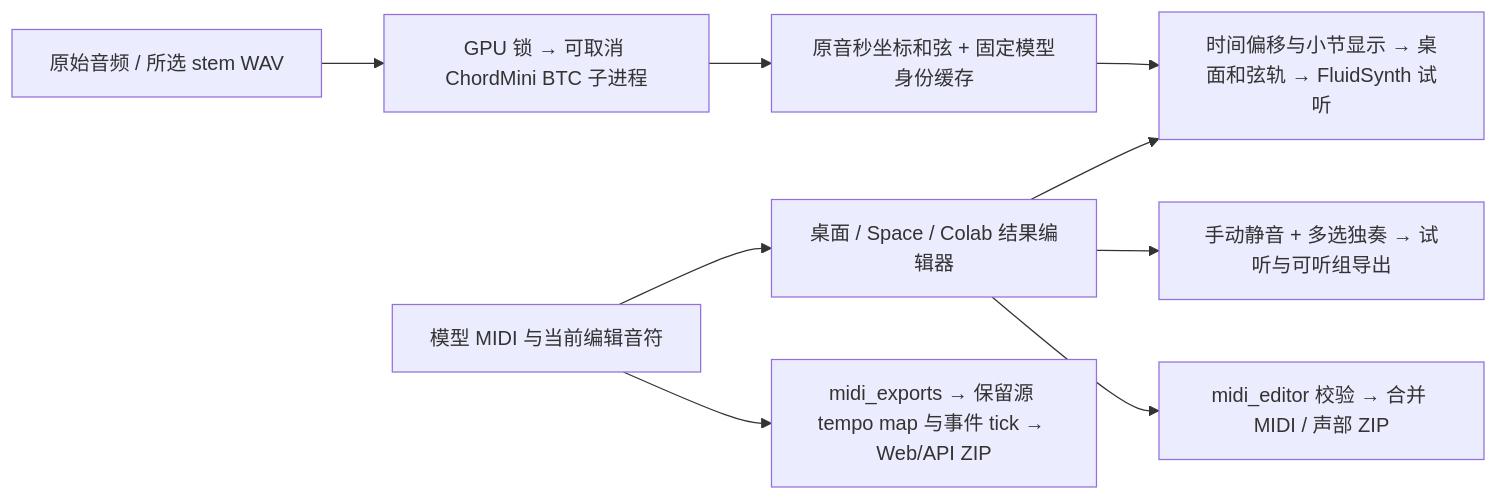
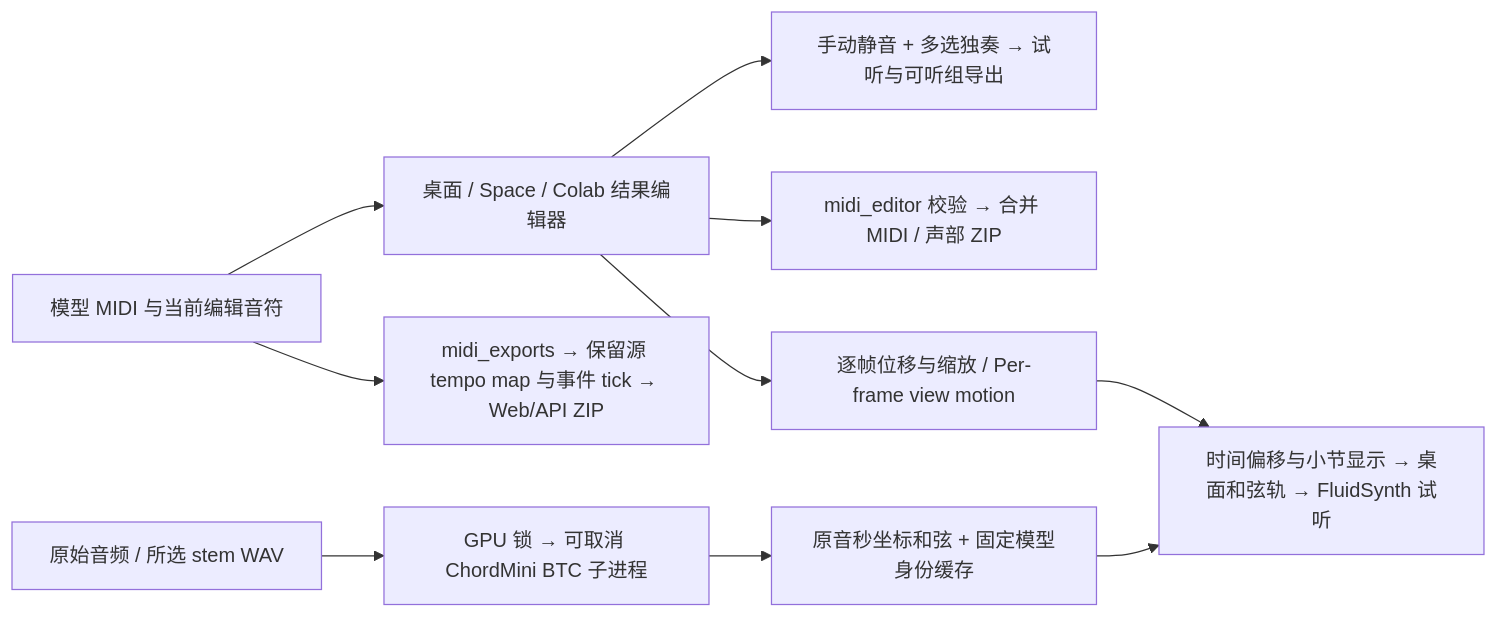
The diagram in docs/soundfont-and-sheet-music.md (mason369/music-to-midi), drawn with Mermaid before and after one commit. The commit also changed other lines of this file and 6 other files, not shown here.

````diff
--- a/docs/soundfont-and-sheet-music.md
+++ b/docs/soundfont-and-sheet-music.md
@@ -18,11 +19,12 @@
 ```mermaid
 flowchart LR
     MIDI[模型 MIDI 与当前编辑音符] --> Editor[桌面 / Space / Colab 结果编辑器]
     Editor --> Mix[手动静音 + 多选独奏 → 试听与可听组导出]
     Editor --> Export[midi_editor 校验 → 合并 MIDI / 声部 ZIP]
     Audio[原始音频 / 所选 stem WAV] --> Worker[GPU 锁 → 可取消 ChordMini BTC 子进程]
     Worker --> Native[原音秒坐标和弦 + 固定模型身份缓存]
     Native --> Chords[时间偏移与小节显示 → 桌面和弦轨 → FluidSynth 试听]
-    Editor --> Chords
+    Editor --> View[逐帧位移与缩放 / Per-frame view motion]
+    View --> Chords
     MIDI --> API[midi_exports → 保留源 tempo map 与事件 tick → Web/API ZIP]
 ```
````
